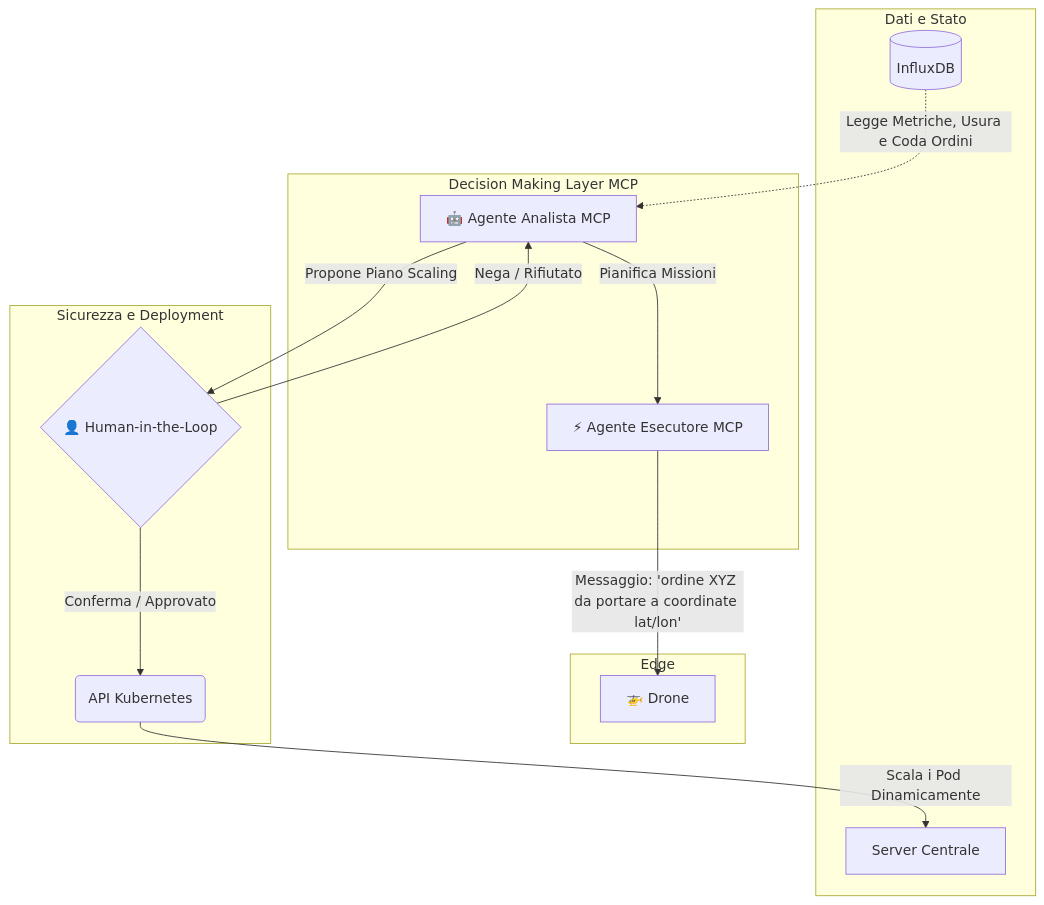
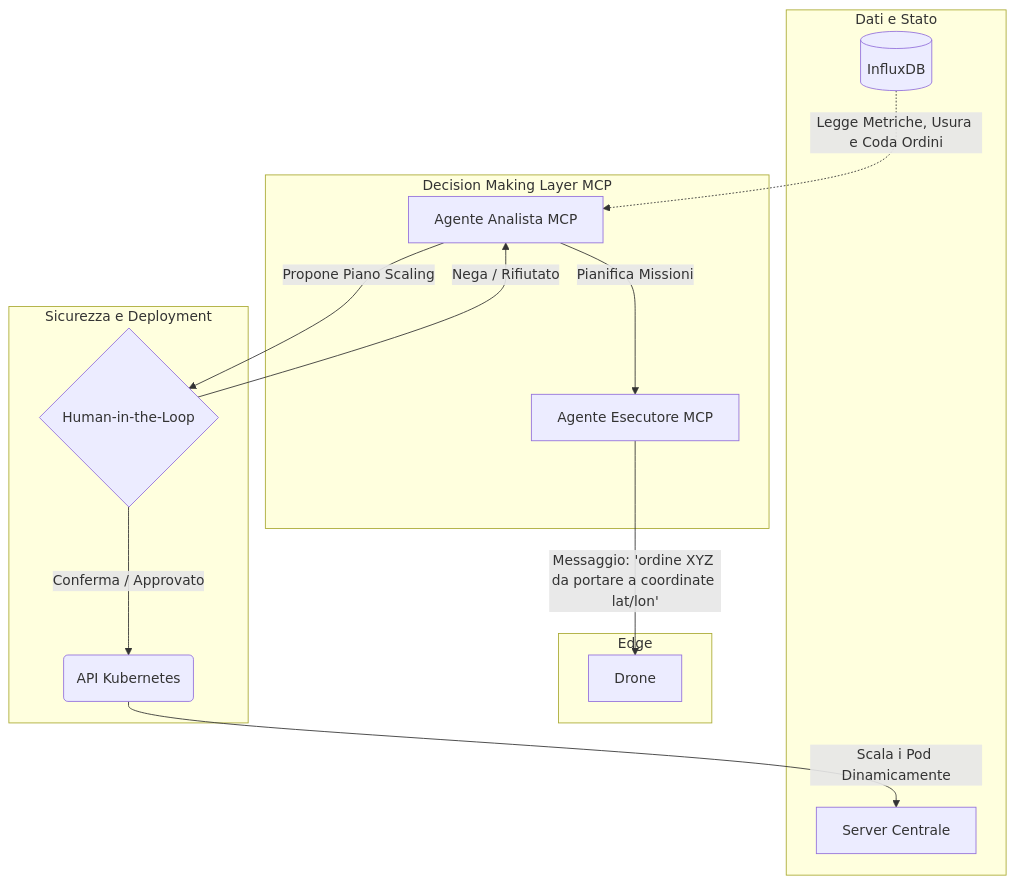
Before and after one commit to GregorioCavulla/Progetto_ScalableAndReliableSystems_2026: the second of 2 diagrams in Broker_Streamer_Server/docs/README.md, drawn with Mermaid. The commit also changed other lines of this file and 25 other files, not shown here.

````diff
--- a/Broker_Streamer_Server/docs/README.md
+++ b/Broker_Streamer_Server/docs/README.md
@@ -67,32 +67,32 @@
 ```mermaid
 graph TD
     subgraph Dati_Stato [Dati e Stato]
         DB[(InfluxDB)]
         SC[Server Centrale]
     end
 
     subgraph Flotta [Edge]
-        D[🚁 Drone]
+        D[ Drone]
     end
 
     subgraph Decision_Making [Decision Making Layer MCP]
-        MCP_A[🤖 Agente Analista MCP]
-        MCP_E[⚡ Agente Esecutore MCP]
+        MCP_A[ Agente Analista MCP]
+        MCP_E[ Agente Esecutore MCP]
     end
 
     subgraph Sicurezza [Sicurezza e Deployment]
         K8S(API Kubernetes)
-        HIL{👤 Human-in-the-Loop}
+        HIL{ Human-in-the-Loop}
     end
 
     DB -.->|Legge Metriche, Usura e Coda Ordini| MCP_A
     
     MCP_A -->|Pianifica Missioni| MCP_E
     MCP_A -->|Propone Piano Scaling| HIL
     
     MCP_E -->|Messaggio: 'ordine XYZ da portare a coordinate lat/lon'| D
     
     HIL -->|Conferma / Approvato| K8S
     HIL -->|Nega / Rifiutato| MCP_A
     K8S -->|Scala i Pod Dinamicamente| SC
 ```
````
